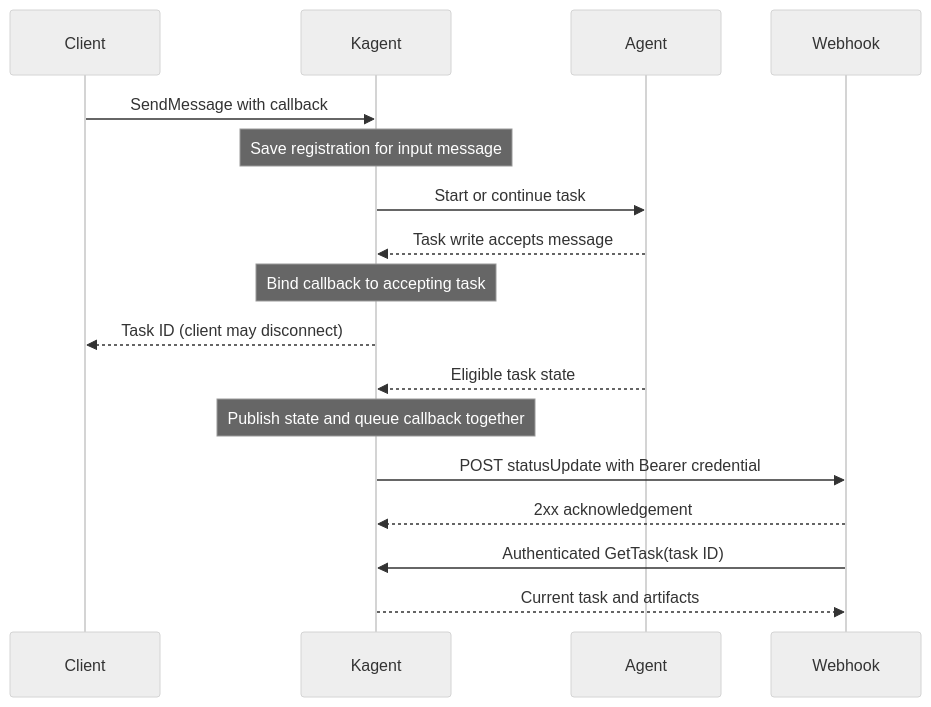
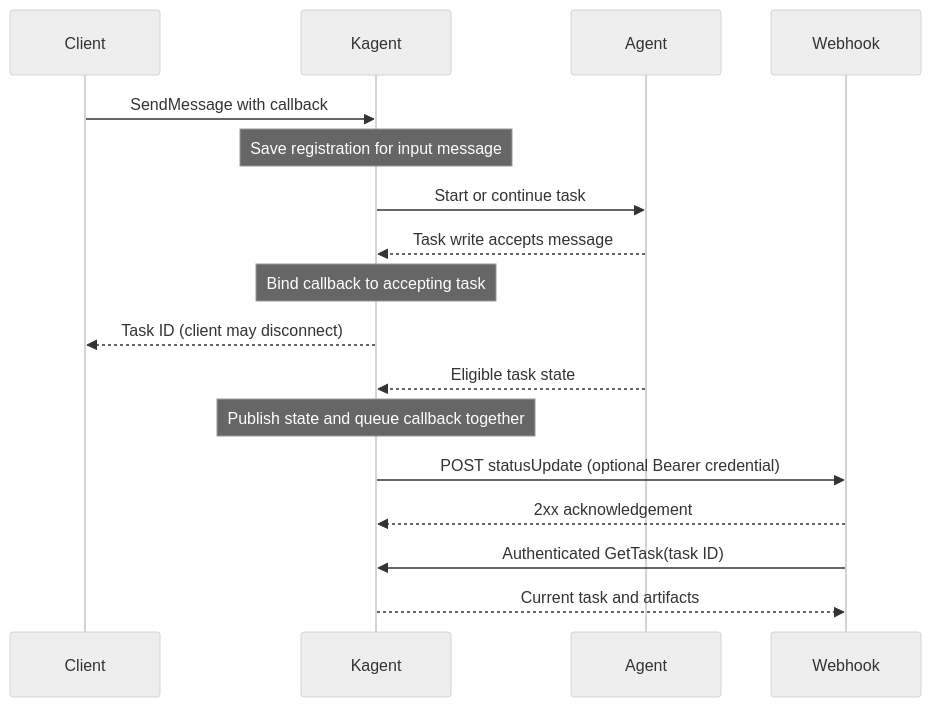
The first of 3 diagrams in docs/architecture/a2a-push-notifications.md (pood1e/kagent), drawn with Mermaid (neutral theme) before and after one commit. The commit also changed other lines of this file and 7 other files, not shown here.

Commit message:
make bearer auth optional for webhook

````diff
--- a/docs/architecture/a2a-push-notifications.md
+++ b/docs/architecture/a2a-push-notifications.md
@@ -62,19 +61,19 @@
 ```mermaid
 sequenceDiagram
     participant Client
     participant Kagent
     participant Agent
     participant Webhook
     Client->>Kagent: SendMessage with callback
     Note over Kagent: Save registration for input message
     Kagent->>Agent: Start or continue task
     Agent-->>Kagent: Task write accepts message
     Note over Kagent: Bind callback to accepting task
     Kagent-->>Client: Task ID (client may disconnect)
     Agent-->>Kagent: Eligible task state
     Note over Kagent: Publish state and queue callback together
-    Kagent->>Webhook: POST statusUpdate with Bearer credential
+    Kagent->>Webhook: POST statusUpdate (optional Bearer credential)
     Webhook-->>Kagent: 2xx acknowledgement
     Webhook->>Kagent: Authenticated GetTask(task ID)
     Kagent-->>Webhook: Current task and artifacts
 ```
````
